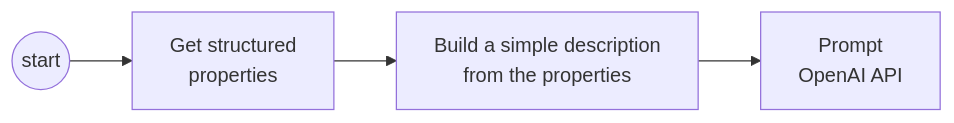
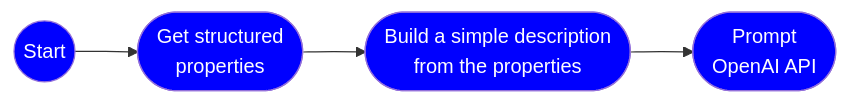
Before and after one commit to msalemor/llm-use-cases: the fourth of 5 diagrams in README.md, drawn with Mermaid. The commit also changed other lines of this file, not shown here.

````diff
--- a/README.md
+++ b/README.md
@@ -105,6 +109,8 @@
 ```mermaid
 flowchart LR
-  A((start))-->B[Get structured<br/>properties]
-  B-->D[Build a simple description<br/>from the properties]
-  D-->O[Prompt<br/>OpenAI API]
+  A((Start))-->B([Get structured<br/>properties])
+  B-->D([Build a simple description<br/>from the properties])
+  D-->O([Prompt<br/>OpenAI API])
+  classDef blue fill:blue,color:#fefefe
+  class A,B,D,O blue
 ```
````
